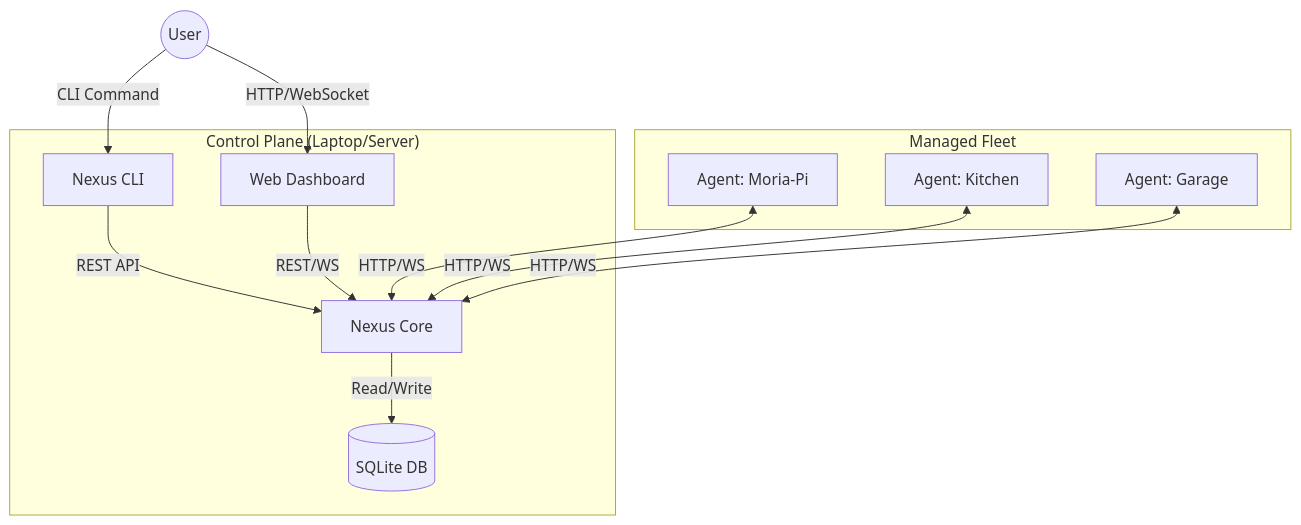
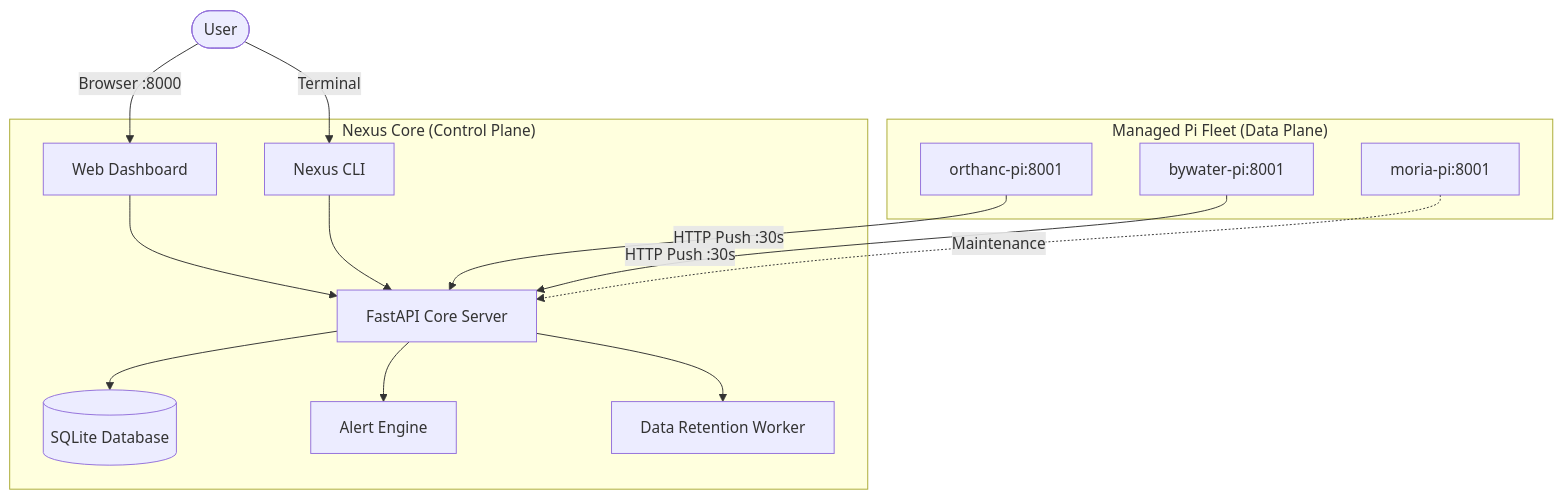
The diagram in docs/project/architecture.md (methinked/nexus), drawn with Mermaid before and after one commit. The commit also changed other lines of this file and 71 other files, not shown here.

````diff
--- a/docs/project/architecture.md
+++ b/docs/project/architecture.md
@@ -13,27 +13,19 @@
 ```mermaid
 graph TD
-    User((User))
+    User([User]) -->|Browser :8000| WebUI[Web Dashboard]
+    User -->|Terminal| CLI[Nexus CLI]
     
-    subgraph "Control Plane (Laptop/Server)"
-        Core[Nexus Core]
-        DB[(SQLite DB)]
-        WebUI[Web Dashboard]
-        CLI[Nexus CLI]
-    end
-    
-    subgraph "Managed Fleet"
-        Agent1[Agent: Moria-Pi]
-        Agent2[Agent: Kitchen]
-        Agent3[Agent: Garage]
+    subgraph "Nexus Core (Control Plane)"
+        WebUI --> Core[FastAPI Core Server]
+        CLI --> Core
+        Core --> DB[(SQLite Database)]
+        Core --> Alerts[Alert Engine]
+        Core --> Retain[Data Retention Worker]
     end
 
-    User -->|HTTP/WebSocket| WebUI
-    User -->|CLI Command| CLI
-    CLI -->|REST API| Core
-    WebUI -->|REST/WS| Core
-    Core -->|Read/Write| DB
-    
-    Agent1 <-->|HTTP/WS| Core
-    Agent2 <-->|HTTP/WS| Core
-    Agent3 <-->|HTTP/WS| Core
+    subgraph "Managed Pi Fleet (Data Plane)"
+        Agent1[orthanc-pi:8001] -->|HTTP Push :30s| Core
+        Agent2[bywater-pi:8001] -->|HTTP Push :30s| Core
+        Agent3[moria-pi:8001] -.->|Maintenance| Core
+    end
 ```
````
